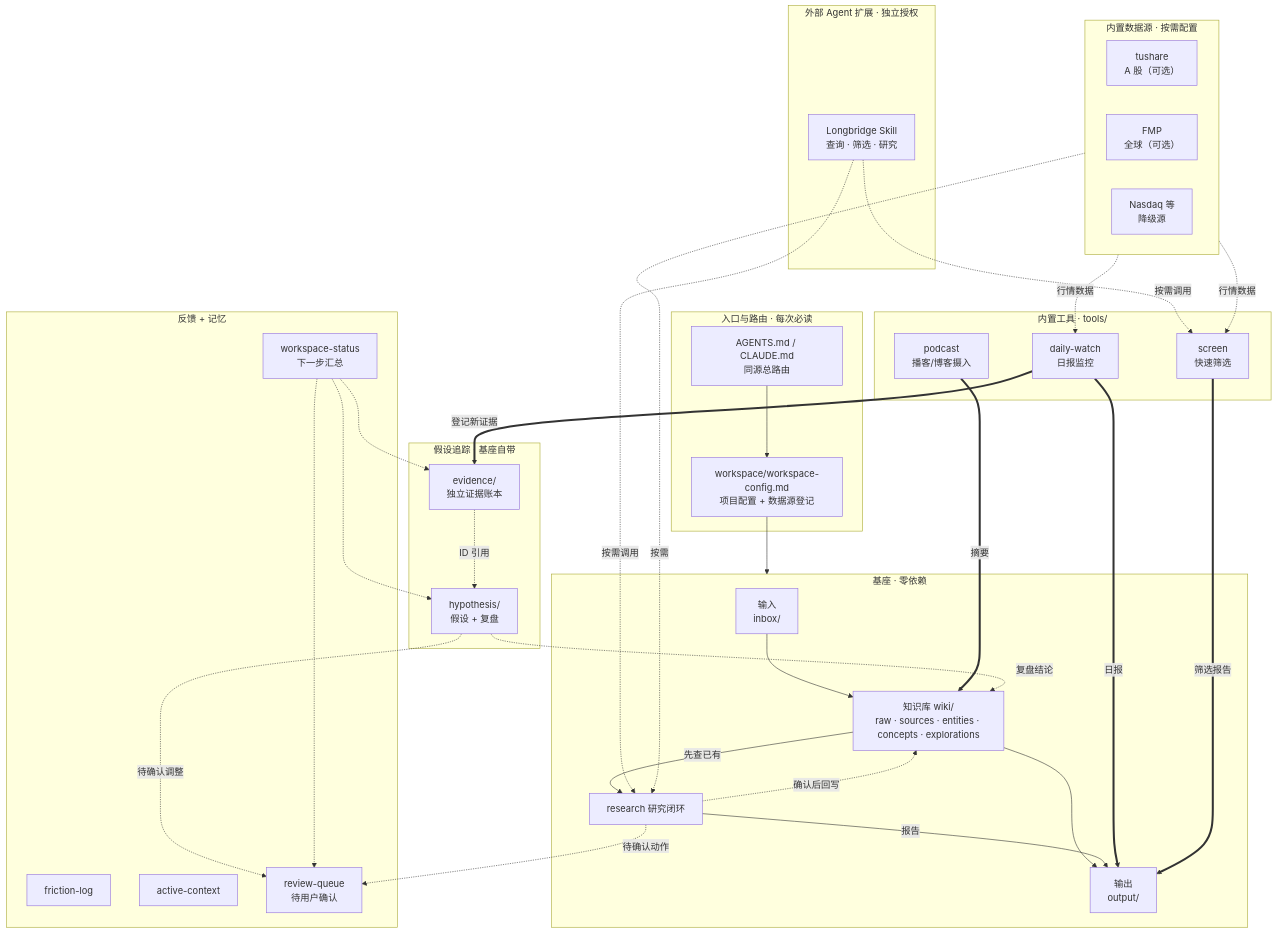
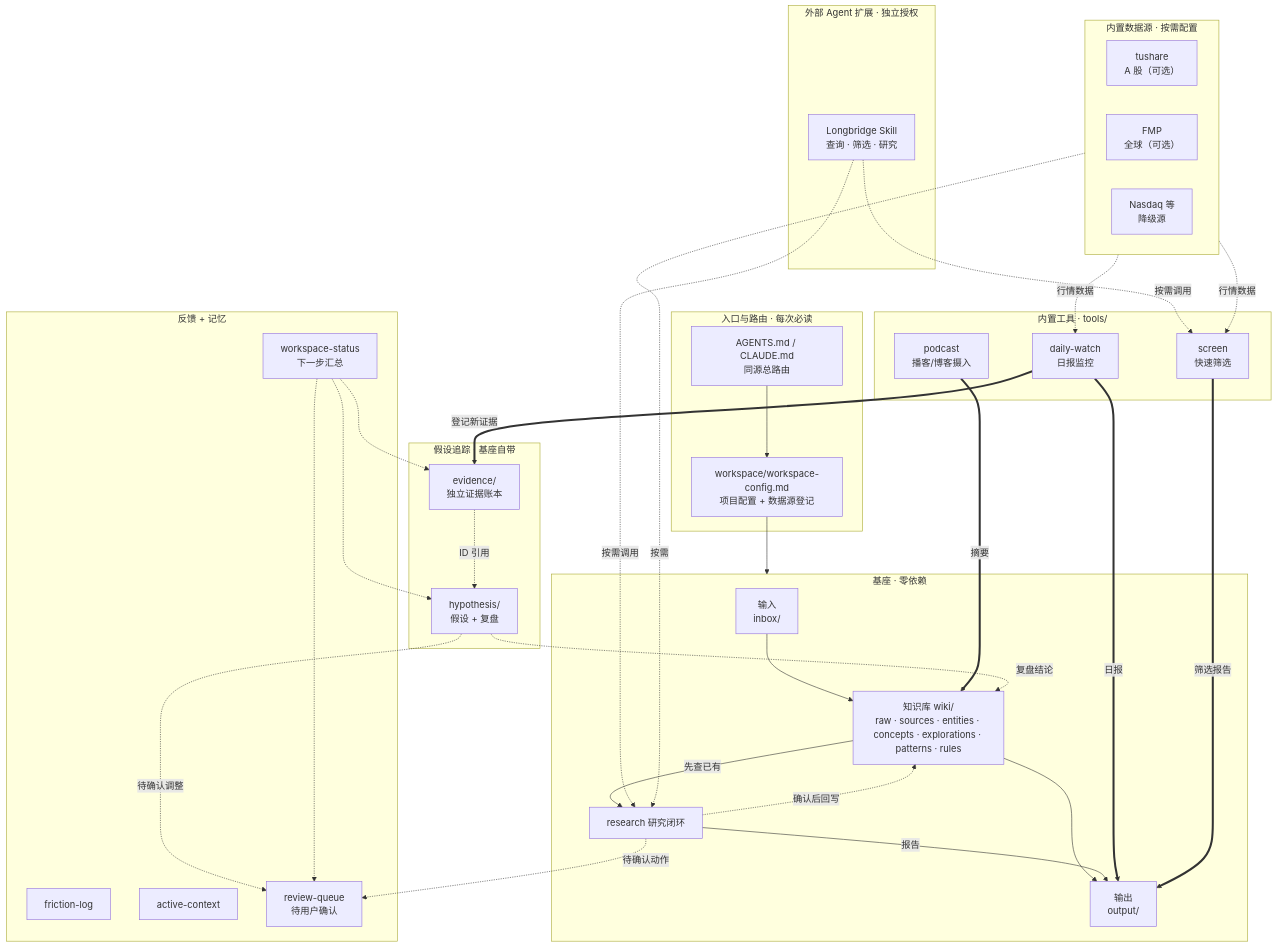
The diagram in ARCHITECTURE.md (Benboerba620/ai-workspace-hub), drawn with Mermaid before and after one commit. The commit also changed other lines of this file and 51 other files, not shown here.

````diff
--- a/ARCHITECTURE.md
+++ b/ARCHITECTURE.md
@@ -10,63 +10,63 @@
 ```mermaid
 flowchart TB
     subgraph ENTRY[入口与路由 · 每次必读]
         A["AGENTS.md / CLAUDE.md<br/>同源总路由"]
         C["workspace/workspace-config.md<br/>项目配置 + 数据源登记"]
         A --> C
     end
 
     subgraph BASE["基座 · 零依赖"]
-        IN["输入<br/>inbox/"] --> KB["知识库 wiki/<br/>raw · sources · entities · concepts · explorations"]
+        IN["输入<br/>inbox/"] --> KB["知识库 wiki/<br/>raw · sources · entities · concepts · explorations · patterns · rules"]
         KB --> OUT["输出<br/>output/"]
         RES["research 研究闭环"]
         KB -->|"先查已有"| RES
         RES -->|"报告"| OUT
         RES -.->|"确认后回写"| KB
     end
 
     subgraph TOOLS["内置工具 · tools/"]
         POD["podcast<br/>播客/博客摄入"]
         DW["daily-watch<br/>日报监控"]
         SCR["screen<br/>快速筛选"]
     end
 
     subgraph DATA["内置数据源 · 按需配置"]
         TS["tushare<br/>A 股（可选）"]
         FMP2["FMP<br/>全球（可选）"]
         FB["Nasdaq 等<br/>降级源"]
     end
 
     subgraph EXT["外部 Agent 扩展 · 独立授权"]
         LB["Longbridge Skill<br/>查询 · 筛选 · 研究"]
     end
 
     subgraph HYPO["假设追踪 · 基座自带"]
         HT["hypothesis/<br/>假设 + 复盘"]
         EV["evidence/<br/>独立证据账本"]
     end
 
     subgraph MEM["反馈 + 记忆"]
         FL["friction-log"]
         AC["active-context"]
         RQ["review-queue<br/>待用户确认"]
         WS["workspace-status<br/>下一步汇总"]
     end
 
     C --> BASE
     POD ==>|"摘要"| KB
     DW ==>|"日报"| OUT
     DW ==>|"登记新证据"| EV
     EV -.->|"ID 引用"| HT
     HT -.->|"复盘结论"| KB
     SCR ==>|"筛选报告"| OUT
     DATA -.->|"行情数据"| DW
     DATA -.->|"行情数据"| SCR
     DATA -.->|"按需"| RES
     LB -.->|"按需调用"| SCR
     LB -.->|"按需调用"| RES
     RES -.->|"待确认动作"| RQ
     HT -.->|"待确认调整"| RQ
     WS -.-> RQ
     WS -.-> EV
     WS -.-> HT
 ```
````
